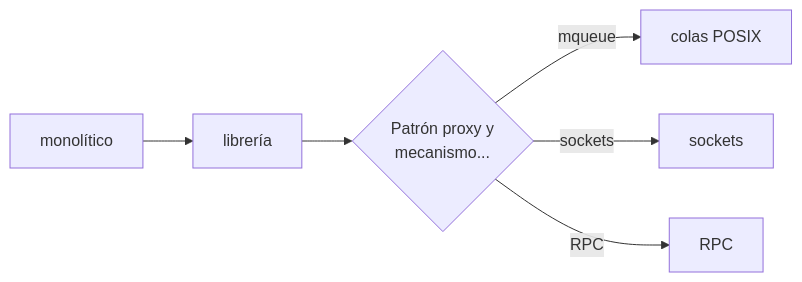
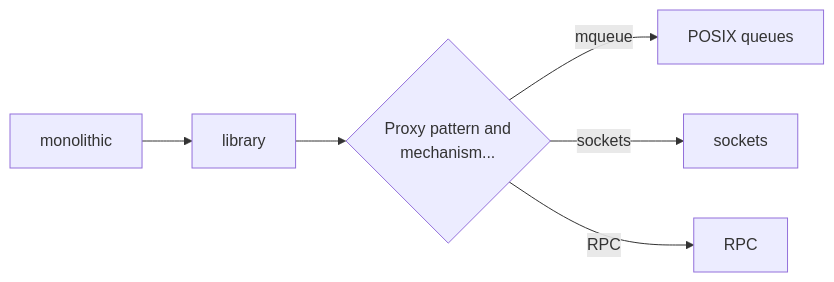
The first of 5 diagrams in materials/pc-keyvalue/README.md (acaldero/uc3m_ds), drawn with Mermaid before and after one commit. The commit also changed other lines of this file, not shown here.

````diff
--- a/materials/pc-keyvalue/README.md
+++ b/materials/pc-keyvalue/README.md
@@ -55,8 +55,8 @@
- ```mermaid
-  flowchart LR
-    A[monolítico] --> B[librería]
-    B[librería]   --> C{Patrón proxy y <br>mecanismo...}
-    C -- mqueue   --> D[colas POSIX]
-    C -- sockets  --> E[sockets]
-    C -- RPC      --> F[RPC]
-  ```
+```mermaid
+ flowchart LR
+   A[monolithic] --> B[library]
+   B[library] --> C{Proxy pattern and <br>mechanism...}
+   C -- mqueue --> D[POSIX queues]
+   C -- sockets --> E[sockets]
+   C -- RPC --> F[RPC]
+```
````
